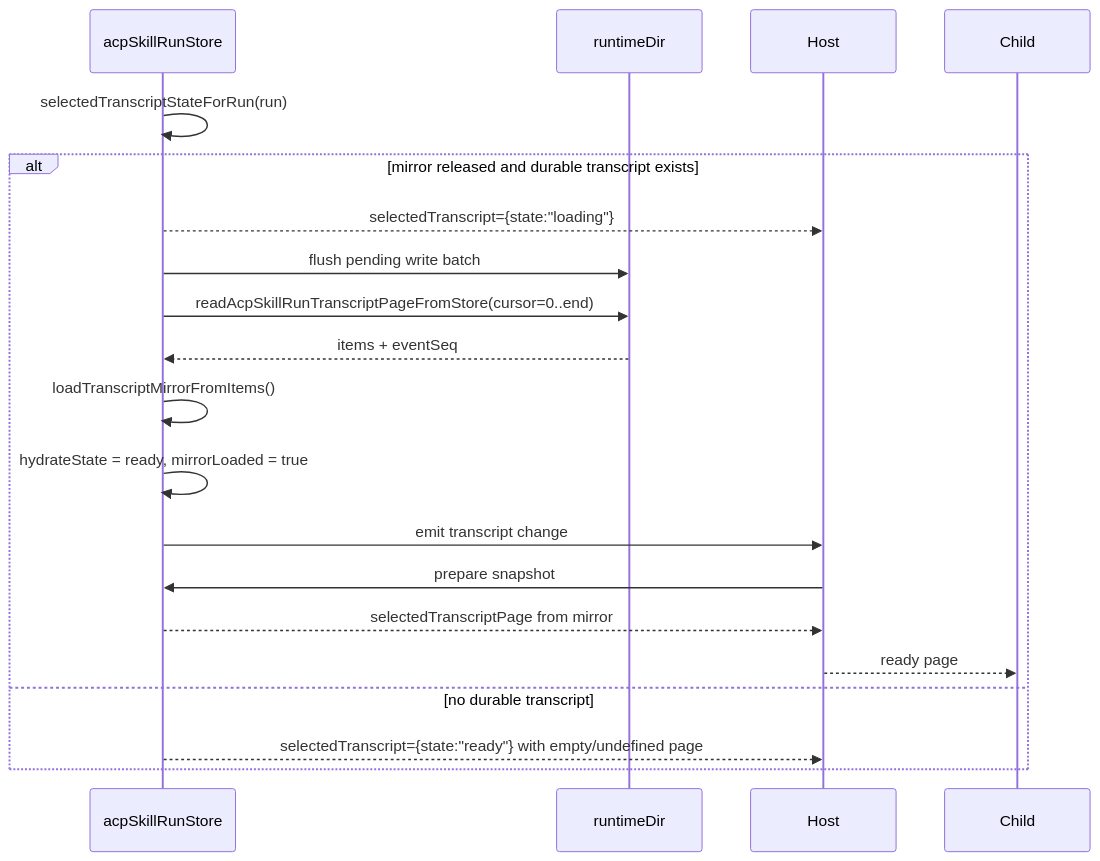
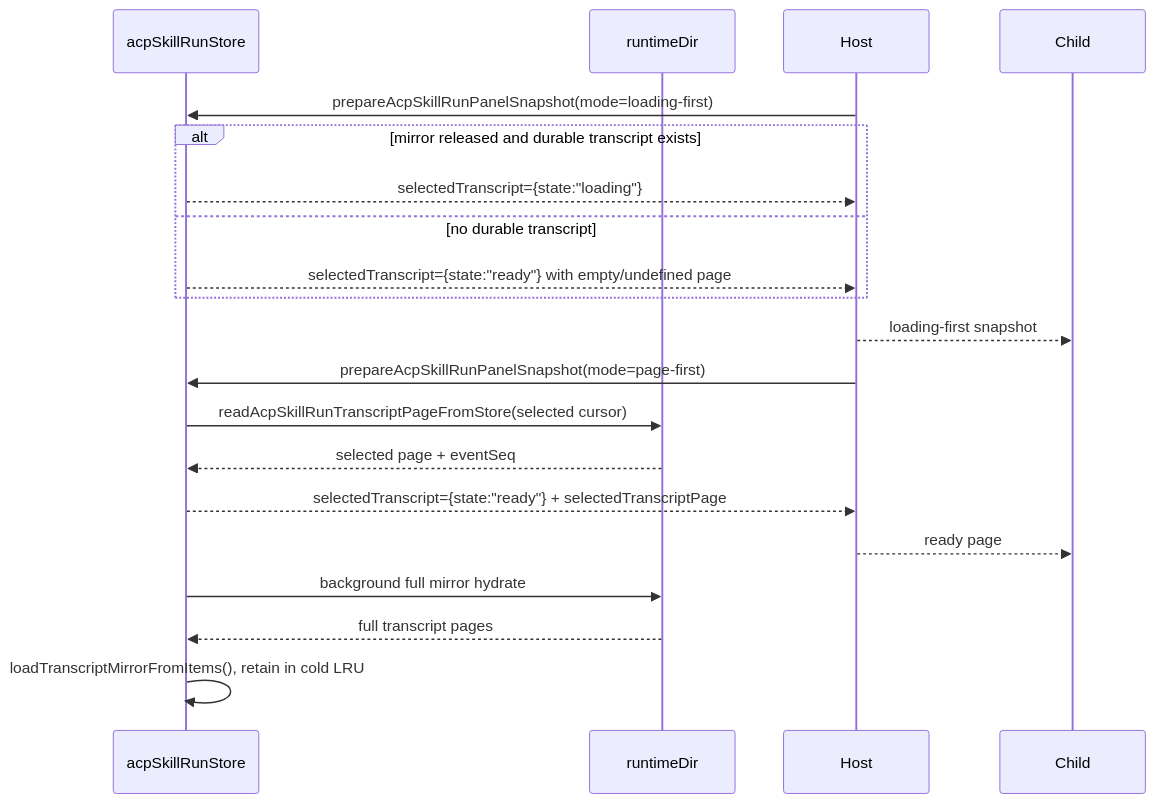
The sixth of 11 diagrams in doc/acp-skills-transcript-selection-hydration-sequence.md (leike0813/zotero-agents), drawn with Mermaid before and after one commit. The commit also changed other lines of this file and 27 other files, not shown here.

Commit message:
perf(UI): optimize assistant transcript cold load cache

````diff
--- a/doc/acp-skills-transcript-selection-hydration-sequence.md
+++ b/doc/acp-skills-transcript-selection-hydration-sequence.md
@@ -180,23 +293,23 @@
 ```mermaid
 sequenceDiagram
   participant Store as acpSkillRunStore
   participant Disk as runtimeDir
   participant Host
   participant Child
 
-  Store->>Store: selectedTranscriptStateForRun(run)
+  Host->>Store: prepareAcpSkillRunPanelSnapshot(mode=loading-first)
   alt mirror released and durable transcript exists
     Store-->>Host: selectedTranscript={state:"loading"}
-    Store->>Disk: flush pending write batch
-    Store->>Disk: readAcpSkillRunTranscriptPageFromStore(cursor=0..end)
-    Disk-->>Store: items + eventSeq
-    Store->>Store: loadTranscriptMirrorFromItems()
-    Store->>Store: hydrateState = ready, mirrorLoaded = true
-    Store->>Host: emit transcript change
-    Host->>Store: prepare snapshot
-    Store-->>Host: selectedTranscriptPage from mirror
-    Host-->>Child: ready page
   else no durable transcript
     Store-->>Host: selectedTranscript={state:"ready"} with empty/undefined page
   end
+  Host-->>Child: loading-first snapshot
+  Host->>Store: prepareAcpSkillRunPanelSnapshot(mode=page-first)
+  Store->>Disk: readAcpSkillRunTranscriptPageFromStore(selected cursor)
+  Disk-->>Store: selected page + eventSeq
+  Store-->>Host: selectedTranscript={state:"ready"} + selectedTranscriptPage
+  Host-->>Child: ready page
+  Store->>Disk: background full mirror hydrate
+  Disk-->>Store: full transcript pages
+  Store->>Store: loadTranscriptMirrorFromItems(), retain in cold LRU
 ```
````
